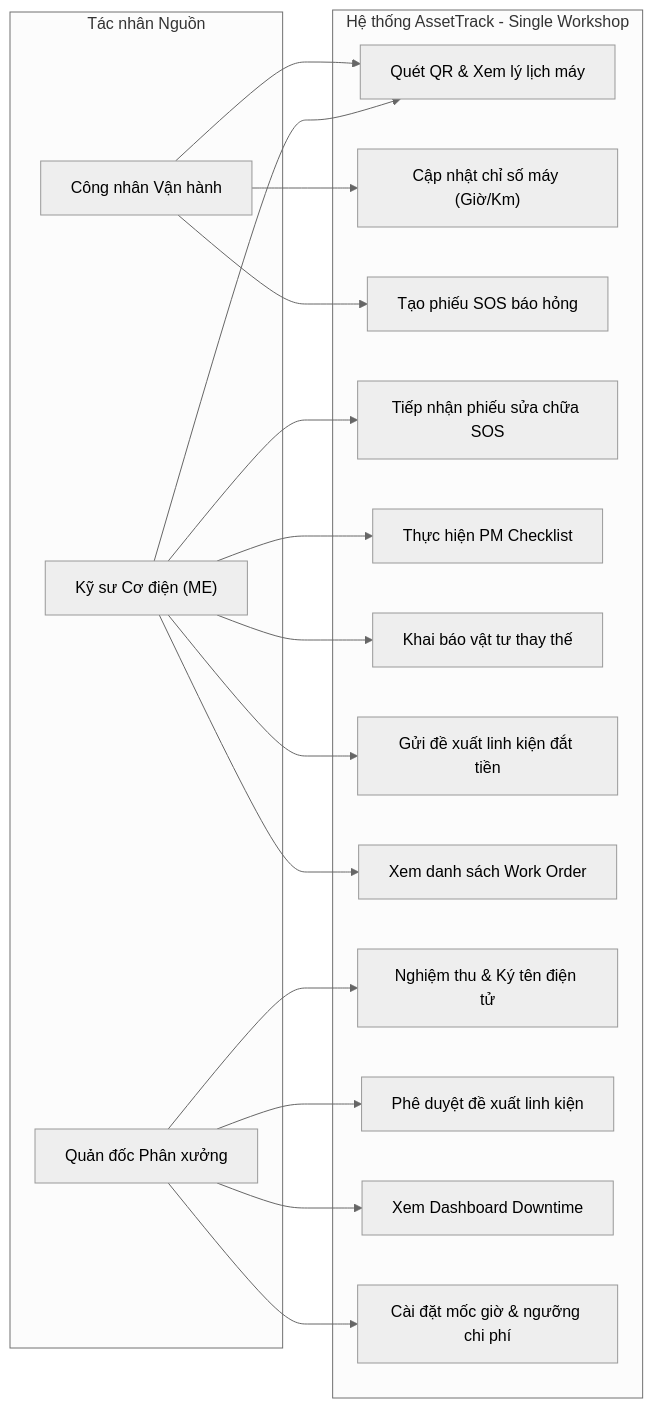
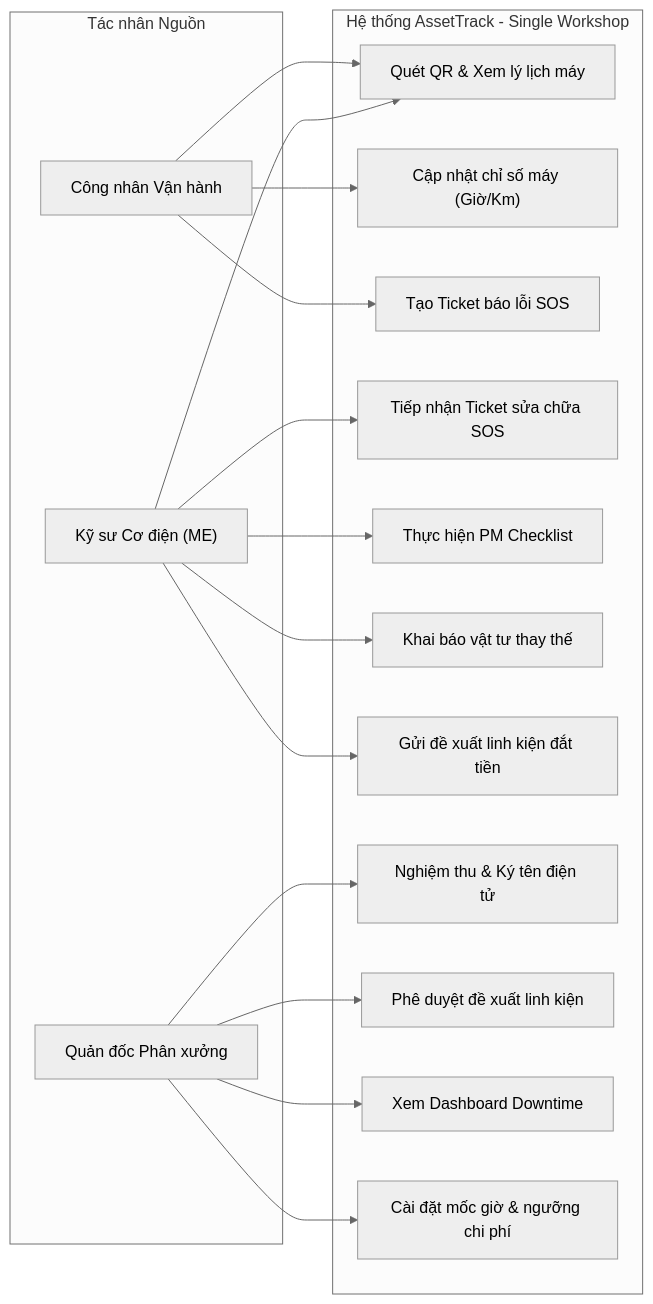
One commit to pvduy23052005/cse441-mobile-asset-track changed the first of 12 diagrams in system_design.md. Above: the diagram before and after it, drawn with Mermaid (neutral theme). The commit also changed other lines of this file and 3 other files, not shown here.

Commit message:
docs: update project documentation and database schema design specifications

````diff
--- a/system_design.md
+++ b/system_design.md
@@ -33,39 +33,37 @@
 ```mermaid
 flowchart LR
     subgraph Actors["Tác nhân Nguồn"]
         Operator["Công nhân Vận hành"]
         ME["Kỹ sư Cơ điện (ME)"]
         Supervisor["Quản đốc Phân xưởng"]
     end
 
     subgraph System["Hệ thống AssetTrack - Single Workshop"]
         UC_ScanQR["Quét QR & Xem lý lịch máy"]
         UC_LogHours["Cập nhật chỉ số máy (Giờ/Km)"]
-        UC_CreateSOS["Tạo phiếu SOS báo hỏng"]
-        UC_ClaimSOS["Tiếp nhận phiếu sửa chữa SOS"]
+        UC_CreateTicket["Tạo Ticket báo lỗi SOS"]
+        UC_ClaimTicket["Tiếp nhận Ticket sửa chữa SOS"]
         UC_ExecutePM["Thực hiện PM Checklist"]
         UC_LogParts["Khai báo vật tư thay thế"]
         UC_SubmitSpareParts["Gửi đề xuất linh kiện đắt tiền"]
-        UC_ViewWorkOrderList["Xem danh sách Work Order"]
         UC_SignOff["Nghiệm thu & Ký tên điện tử"]
         UC_ApproveParts["Phê duyệt đề xuất linh kiện"]
         UC_ViewDashboard["Xem Dashboard Downtime"]
         UC_ConfigPM["Cài đặt mốc giờ & ngưỡng chi phí"]
     end
 
     Operator --> UC_ScanQR
     Operator --> UC_LogHours
-    Operator --> UC_CreateSOS
+    Operator --> UC_CreateTicket
 
     ME --> UC_ScanQR
-    ME --> UC_ClaimSOS
+    ME --> UC_ClaimTicket
     ME --> UC_ExecutePM
     ME --> UC_LogParts
     ME --> UC_SubmitSpareParts
-    ME --> UC_ViewWorkOrderList
 
     Supervisor --> UC_SignOff
     Supervisor --> UC_ApproveParts
     Supervisor --> UC_ViewDashboard
     Supervisor --> UC_ConfigPM
 ```
````
